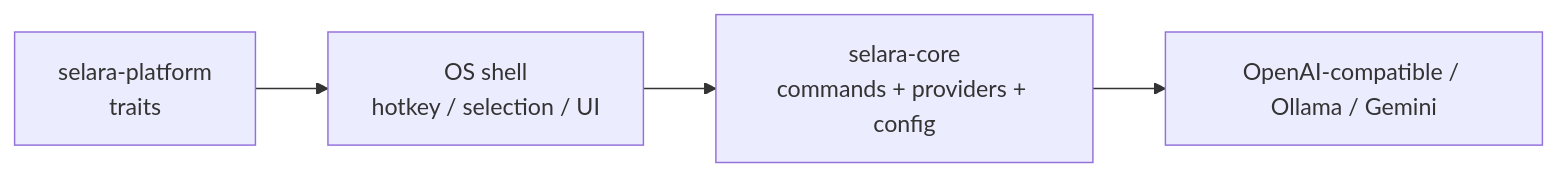
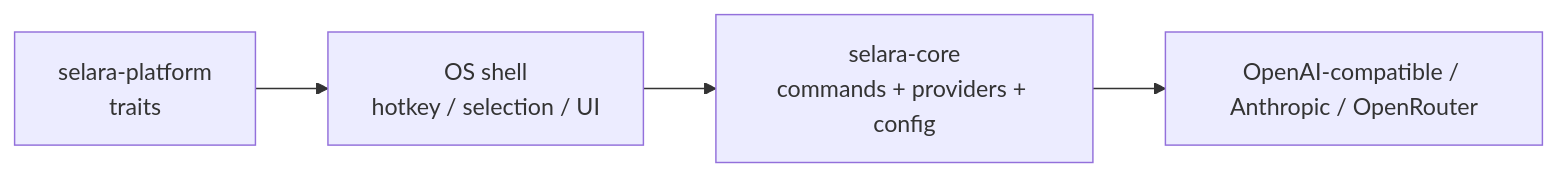
The diagram in README.md (snowopsdev/selara), drawn with Mermaid before and after one commit. The commit also changed other lines of this file and 11 other files, not shown here.

````diff
--- a/README.md
+++ b/README.md
@@ -11,6 +11,6 @@
 ```mermaid
 flowchart LR
   Shell["OS shell<br/>hotkey / selection / UI"] --> Core["selara-core<br/>commands + providers + config"]
-  Core --> Providers["OpenAI-compatible / Ollama / Gemini"]
+  Core --> Providers["OpenAI-compatible / Anthropic / OpenRouter"]
   Platform["selara-platform<br/>traits"] --> Shell
 ```
````
